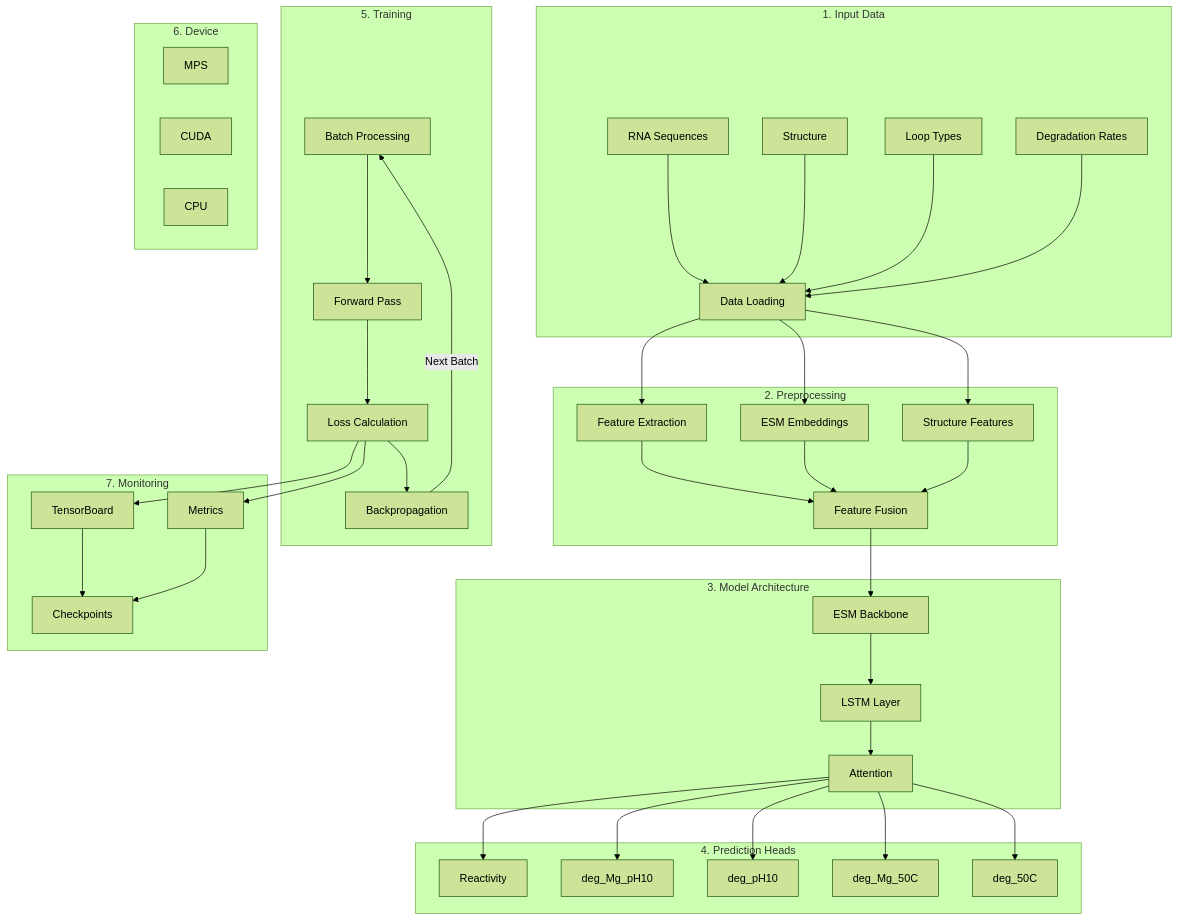
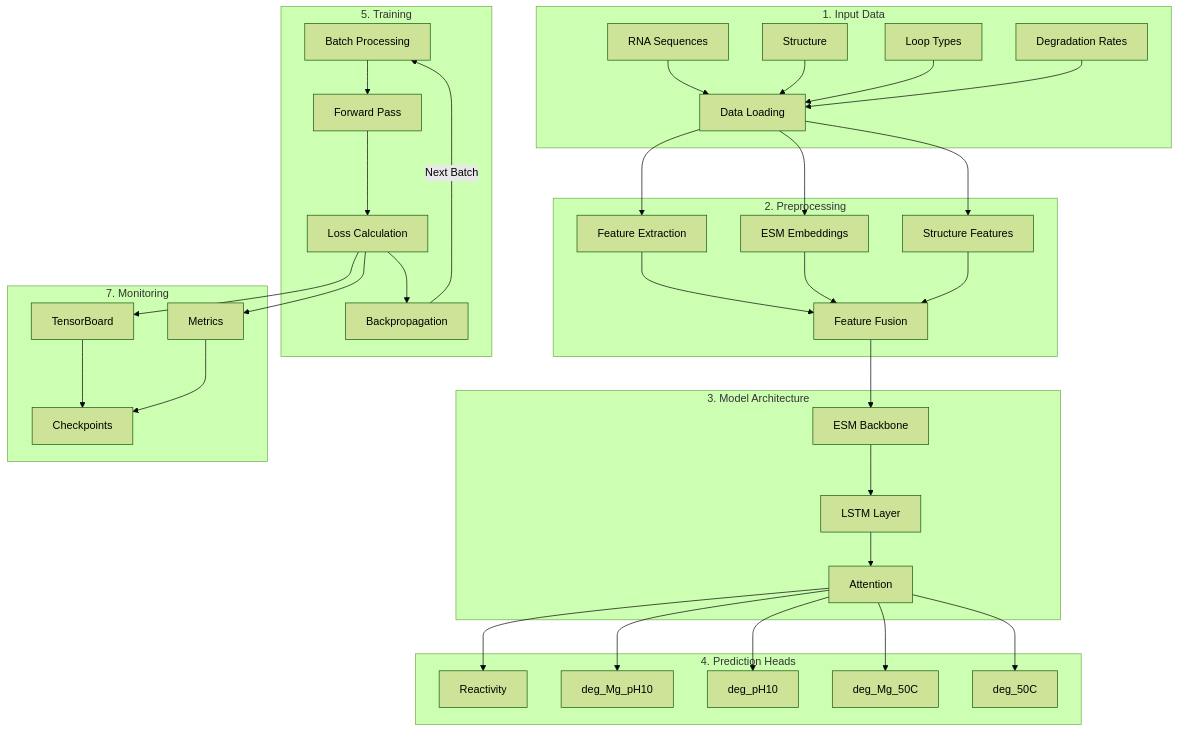
The diagram in README.md (brikjr/RNA-degradation-esm), drawn with Mermaid (forest theme) before and after one commit.

Commit message:
README Update

````diff
--- a/README.md
+++ b/README.md
@@ -8,56 +8,50 @@
 ```mermaid
 graph TB
     subgraph Input["1. Input Data"]
         A1[RNA Sequences]
         A2[Structure]
         A3[Loop Types]
         A4[Degradation Rates]
         A1 & A2 & A3 & A4 --> B1[Data Loading]
     end
 
     subgraph Preprocessing["2. Preprocessing"]
         C1[Feature Extraction]
         C2[ESM Embeddings]
         C3[Structure Features]
         B1 --> C1 & C2 & C3
         C1 & C2 & C3 --> C4[Feature Fusion]
     end
 
     subgraph ModelArch["3. Model Architecture"]
         D1[ESM Backbone]
         D2[LSTM Layer]
         D3[Attention]
         C4 --> D1 --> D2 --> D3
     end
 
     subgraph Predictions["4. Prediction Heads"]
         E1[Reactivity]
         E2[deg_Mg_pH10]
         E3[deg_pH10]
         E4[deg_Mg_50C]
         E5[deg_50C]
         D3 --> E1 & E2 & E3 & E4 & E5
     end
 
     subgraph Training["5. Training"]
         F1[Batch Processing]
         F2[Forward Pass]
         F3[Loss Calculation]
         F4[Backpropagation]
         F1 --> F2 --> F3 --> F4
         F4 --> |Next Batch| F1
     end
 
-    subgraph Hardware["6. Device"]
-        G1[MPS]
-        G2[CUDA]
-        G3[CPU]
-    end
-
     subgraph Monitor["7. Monitoring"]
         H1[TensorBoard]
         H2[Metrics]
         H3[Checkpoints]
         F3 --> H1 & H2 --> H3
     end
 ```
````
